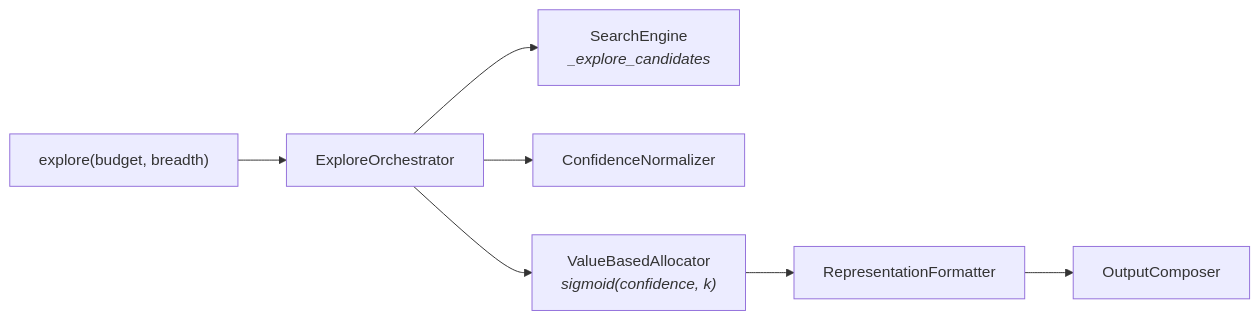
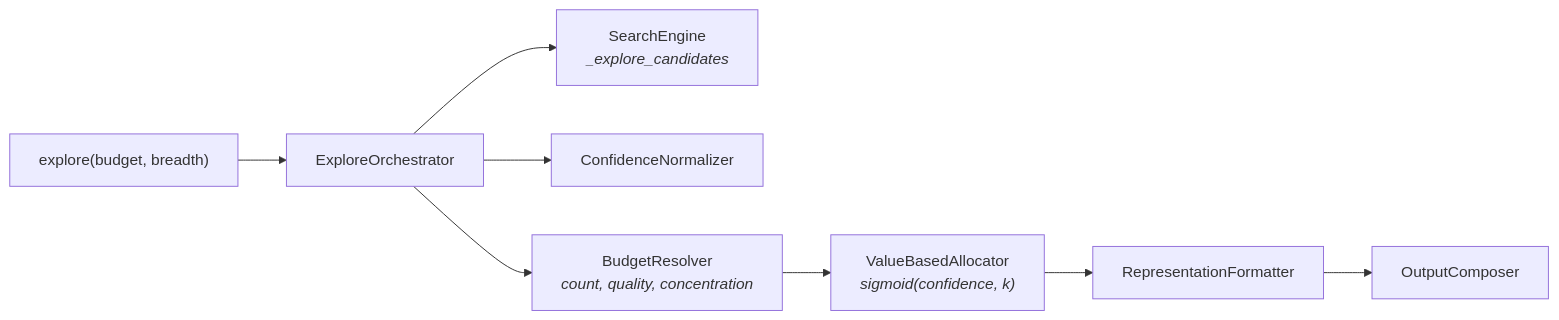
The third of 3 diagrams in src/query/RepoQL.Explore/Design.md (RepoQL/RepoQL), drawn with Mermaid before and after one commit. The commit also changed other lines of this file and 5 other files, not shown here.

````diff
--- a/src/query/RepoQL.Explore/Design.md
+++ b/src/query/RepoQL.Explore/Design.md
@@ -255,12 +300,13 @@
 ```mermaid
 flowchart LR
     E["explore(budget, breadth)"] --> O["ExploreOrchestrator"]
     O --> S["SearchEngine<br/><i>_explore_candidates</i>"]
     O --> N["ConfidenceNormalizer"]
-    O --> V["ValueBasedAllocator<br/><i>sigmoid(confidence, k)</i>"]
+    O --> B["BudgetResolver<br/><i>count, quality, concentration</i>"]
+    B --> V["ValueBasedAllocator<br/><i>sigmoid(confidence, k)</i>"]
     V --> R["RepresentationFormatter"]
     R --> OC["OutputComposer"]
 
-    %% MEANING: Orchestrator fans out to three concerns — search, scoring, allocation
+    %% MEANING: Orchestrator fans out to search, scoring, and budget resolution
     %% then converges through formatting into final output
 ```
````
